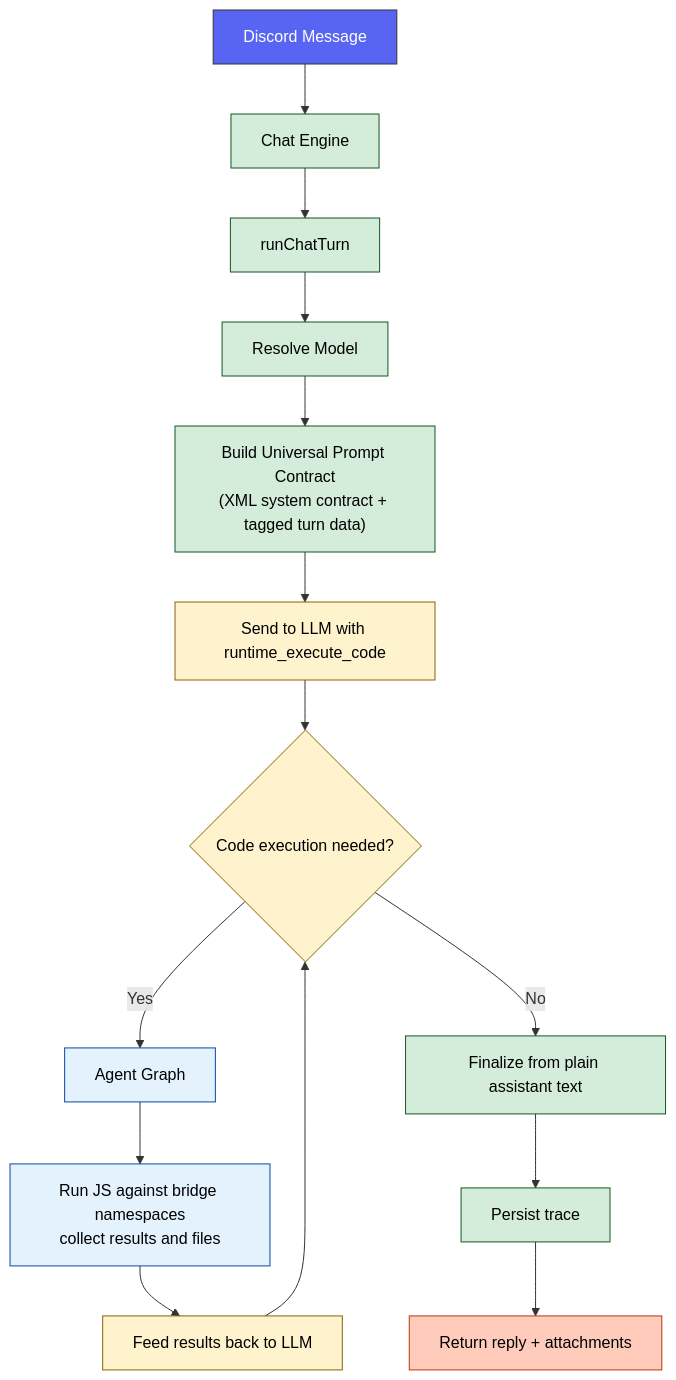
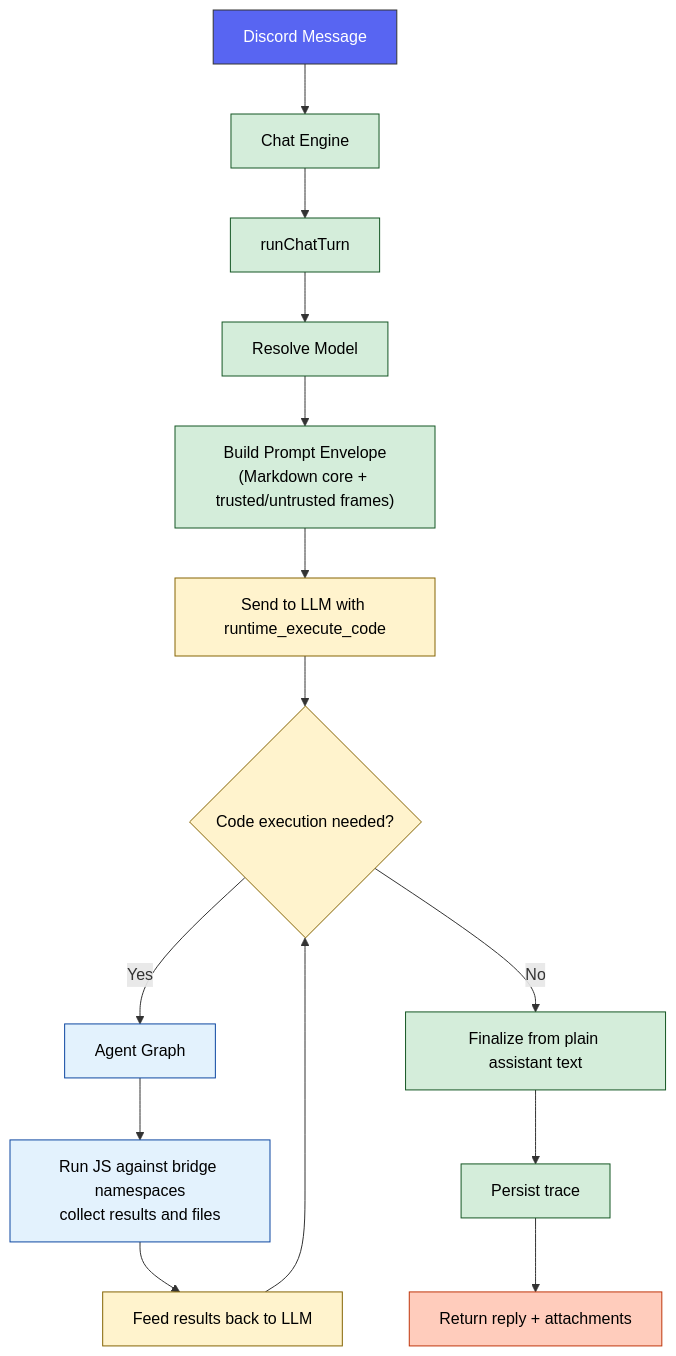
One commit to BokX1/Sage changed the first of 2 diagrams in docs/architecture/PIPELINE.md. Above: the diagram before and after it, drawn with Mermaid. The commit also changed other lines of this file and 16 other files, not shown here.

Commit message:
feat: hard-cut Sage prompt architecture

````diff
--- a/docs/architecture/PIPELINE.md
+++ b/docs/architecture/PIPELINE.md
@@ -29,24 +29,24 @@
 ```mermaid
 flowchart TD
     classDef discord fill:#5865f2,stroke:#333,color:white
     classDef runtime fill:#d4edda,stroke:#155724,color:black
     classDef llm fill:#fff3cd,stroke:#856404,color:black
     classDef tools fill:#e3f2fd,stroke:#0d47a1,color:black
     classDef output fill:#ffccbc,stroke:#bf360c,color:black
 
     A[Discord Message]:::discord --> B[Chat Engine]:::runtime
     B --> C[runChatTurn]:::runtime
     C --> D[Resolve Model]:::runtime
-    D --> E["Build Universal Prompt Contract<br/>(XML system contract + tagged turn data)"]:::runtime
+    D --> E["Build Prompt Envelope<br/>(Markdown core + trusted/untrusted frames)"]:::runtime
     E --> G[Send to LLM with runtime_execute_code]:::llm
     G --> H{Code execution needed?}:::llm
 
     H -->|Yes| I[Agent Graph]:::tools
     I --> J["Run JS against bridge namespaces<br/>collect results and files"]:::tools
     J --> K[Feed results back to LLM]:::llm
     K --> H
 
     H -->|No| L[Finalize from plain assistant text]:::runtime
     L --> M[Persist trace]:::runtime
     M --> N[Return reply + attachments]:::output
 ```
````
